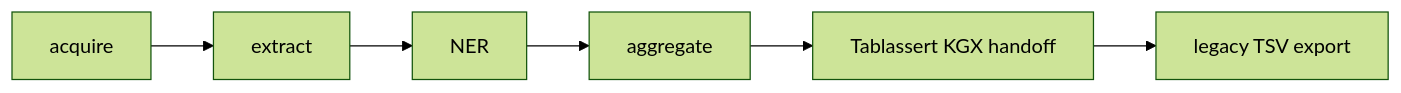
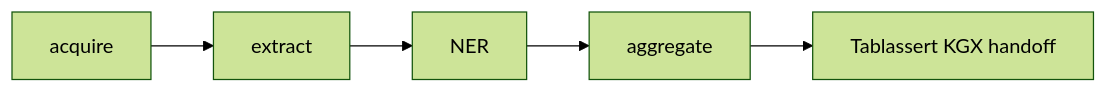
The diagram in README.md (glusman-team/dakp), drawn with Mermaid (forest theme) before and after one commit. The commit also changed other lines of this file, not shown here.

````diff
--- a/README.md
+++ b/README.md
@@ -47,4 +16,4 @@
 ```mermaid
 flowchart LR
-    acquire --> extract --> NER --> aggregate --> tablassert["Tablassert KGX handoff"] --> legacy["legacy TSV export"]
+    acquire --> extract --> NER --> aggregate --> tablassert["Tablassert KGX handoff"]
 ```
````
